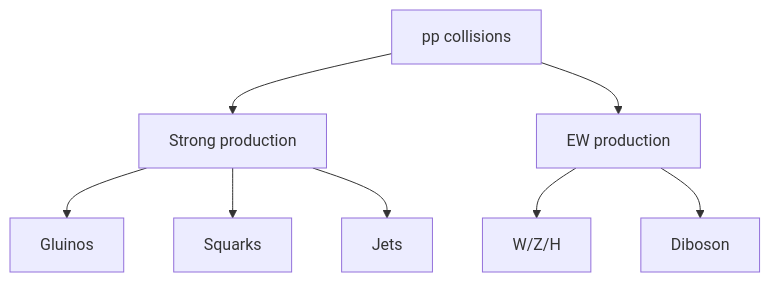
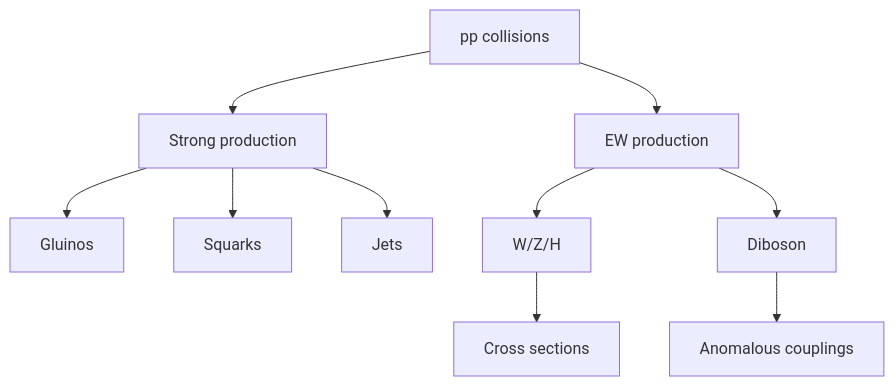
Before and after one commit to yip-lgtm/PhysicsSelfStudy: the second of 5 diagrams in 03_MSc_Physics/electives/MSPY_6610_Particle_Physics_Phenomenology/README.md, drawn with Mermaid. The commit also changed other lines of this file and 17 other files, not shown here.

````diff
--- a/03_MSc_Physics/electives/MSPY_6610_Particle_Physics_Phenomenology/README.md
+++ b/03_MSc_Physics/electives/MSPY_6610_Particle_Physics_Phenomenology/README.md
@@ -262,10 +398,12 @@
 ```mermaid
 graph TD
     A[pp collisions] --> B[Strong production]
     A --> C[EW production]
     B --> D[Gluinos]
     B --> E[Squarks]
     B --> F[Jets]
     C --> G[W/Z/H]
     C --> H[Diboson]
+    G --> I[Cross sections]
+    H --> J[Anomalous couplings]
 ```
````
